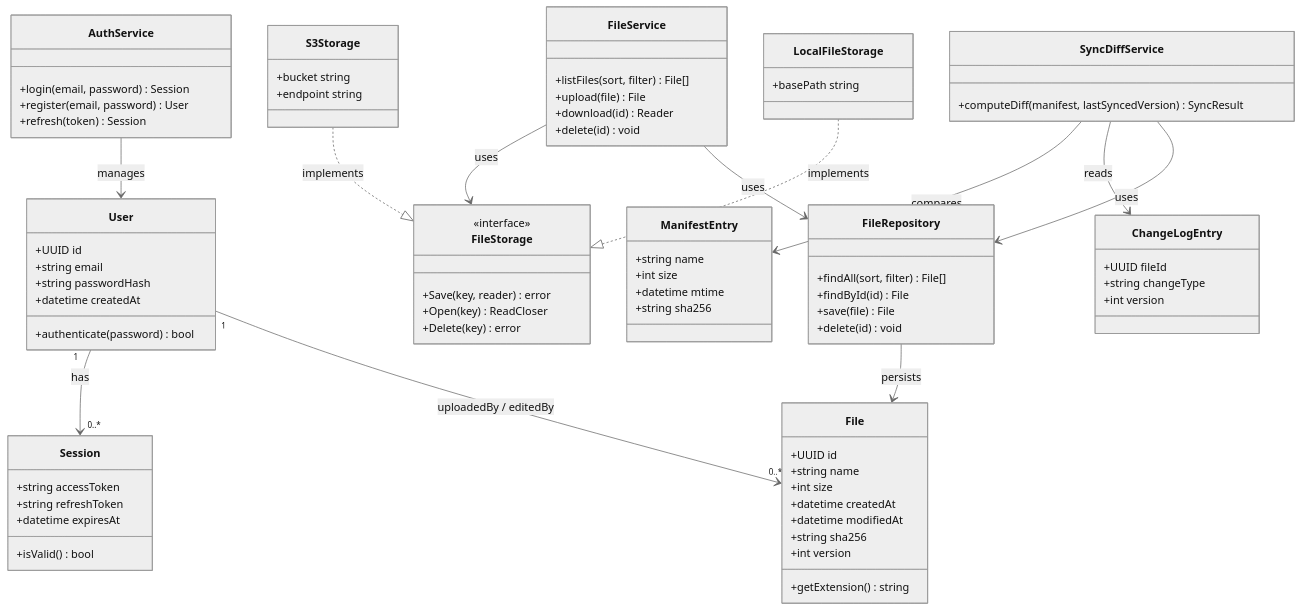
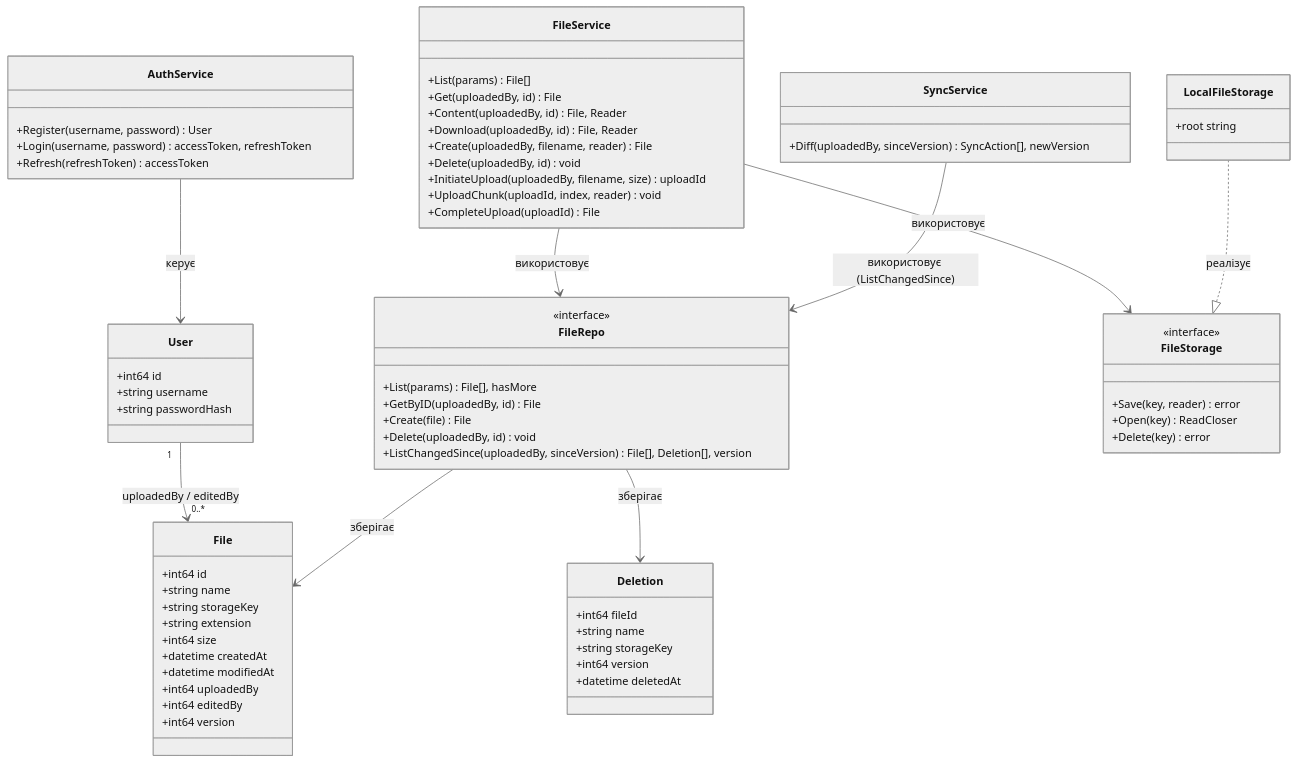
Before and after one commit to Shitcode-Swamp/file-space: the diagram in docs/diagrams-uml/src/ua/02-class-highlevel.mmd, drawn with Mermaid. The commit also changed 55 other files, not shown here.

Commit message:
Diagrams and report

```diff
--- a/docs/diagrams-uml/src/ua/02-class-highlevel.mmd
+++ b/docs/diagrams-uml/src/ua/02-class-highlevel.mmd
@@ -1,92 +1,79 @@
 %%{init: {'theme': 'neutral', 'themeVariables': {'fontSize': '15px'}}}%%
 classDiagram
     class User {
-        +UUID id
-        +string email
+        +int64 id
+        +string username
         +string passwordHash
-        +datetime createdAt
-        +authenticate(password) bool
-    }
-
-    class Session {
-        +string accessToken
-        +string refreshToken
-        +datetime expiresAt
-        +isValid() bool
     }
 
     class File {
-        +UUID id
+        +int64 id
         +string name
-        +int size
+        +string storageKey
+        +string extension
+        +int64 size
         +datetime createdAt
         +datetime modifiedAt
-        +string sha256
-        +int version
-        +getExtension() string
+        +int64 uploadedBy
+        +int64 editedBy
+        +int64 version
+    }
+
+    class Deletion {
+        +int64 fileId
+        +string name
+        +string storageKey
+        +int64 version
+        +datetime deletedAt
     }
 
     class FileService {
-        +listFiles(sort, filter) File[]
-        +upload(file) File
-        +download(id) Reader
-        +delete(id) void
+        +List(params) File[]
+        +Get(uploadedBy, id) File
+        +Content(uploadedBy, id) File, Reader
+        +Download(uploadedBy, id) File, Reader
+        +Create(uploadedBy, filename, reader) File
+        +Delete(uploadedBy, id) void
+        +InitiateUpload(uploadedBy, filename, size) uploadId
+        +UploadChunk(uploadId, index, reader) void
+        +CompleteUpload(uploadId) File
     }
 
-    class FileRepository {
-        +findAll(sort, filter) File[]
-        +findById(id) File
-        +save(file) File
-        +delete(id) void
+    class FileRepo {
+        <<interface>>
+        +List(params) File[], hasMore
+        +GetByID(uploadedBy, id) File
+        +Create(file) File
+        +Delete(uploadedBy, id) void
+        +ListChangedSince(uploadedBy, sinceVersion) File[], Deletion[], version
     }
 
     class FileStorage {
         <<interface>>
         +Save(key, reader) error
         +Open(key) ReadCloser
         +Delete(key) error
     }
 
     class LocalFileStorage {
-        +basePath string
-    }
-
-    class S3Storage {
-        +bucket string
-        +endpoint string
+        +root string
     }
 
     class AuthService {
-        +login(email, password) Session
-        +register(email, password) User
-        +refresh(token) Session
+        +Register(username, password) User
+        +Login(username, password) accessToken, refreshToken
+        +Refresh(refreshToken) accessToken
     }
 
-    class SyncDiffService {
-        +computeDiff(manifest, lastSyncedVersion) SyncResult
-    }
-
-    class ManifestEntry {
-        +string name
-        +int size
-        +datetime mtime
-        +string sha256
-    }
-
-    class ChangeLogEntry {
-        +UUID fileId
-        +string changeType
-        +int version
+    class SyncService {
+        +Diff(uploadedBy, sinceVersion) SyncAction[], newVersion
     }
 
     User "1" --> "0..*" File : uploadedBy / editedBy
-    User "1" --> "0..*" Session : has
-    FileService --> FileRepository : uses
-    FileService --> FileStorage : uses
-    AuthService --> User : manages
-    LocalFileStorage ..|> FileStorage : implements
-    S3Storage ..|> FileStorage : implements
-    SyncDiffService --> FileRepository : uses
-    SyncDiffService --> ChangeLogEntry : reads
-    SyncDiffService --> ManifestEntry : compares
-    FileRepository --> File : persists
+    FileService --> FileRepo : використовує
+    FileService --> FileStorage : використовує
+    AuthService --> User : керує
+    LocalFileStorage ..|> FileStorage : реалізує
+    SyncService --> FileRepo : використовує (ListChangedSince)
+    FileRepo --> File : зберігає
+    FileRepo --> Deletion : зберігає
```
